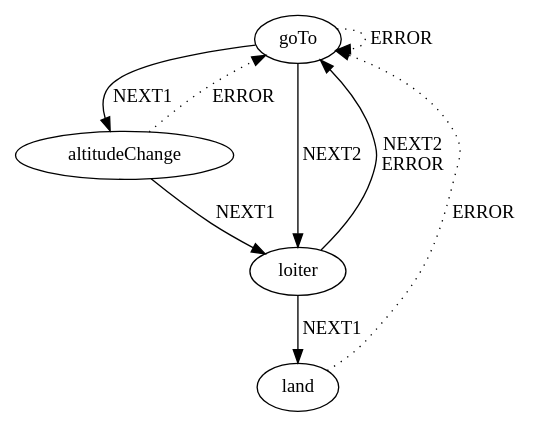
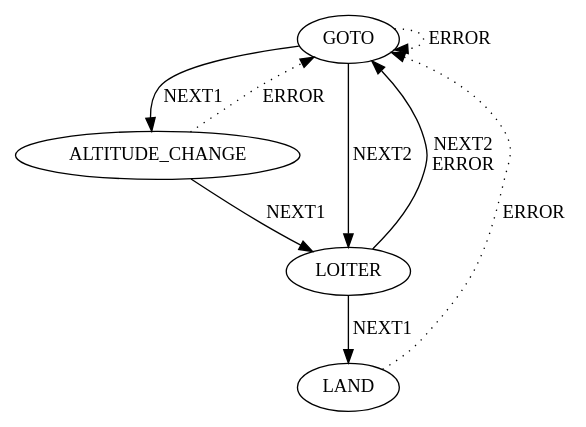
The diagram in safe_landing_planner/src/nodes/waypoint_generator.cpp.dot (PX4/PX4-Avoidance), drawn with Graphviz before and after one commit.

Commit message:
Update transition names in state machine diagram

```diff
--- a/safe_landing_planner/src/nodes/waypoint_generator.cpp.dot
+++ b/safe_landing_planner/src/nodes/waypoint_generator.cpp.dot
@@ -1,10 +1,10 @@
 digraph {
-    "goTo" -> "altitudeChange" [label="NEXT1", style="solid", weight=1]
-    "goTo" -> "loiter" [label="NEXT2", style="solid", weight=1]
-    "goTo" -> "goTo" [label="ERROR", style="dotted", weight=0.1]
-    "altitudeChange" -> "loiter" [label="NEXT1", style="solid", weight=1]
-    "altitudeChange" -> "goTo" [label="ERROR", style="dotted", weight=0.1]
-    "loiter" -> "land" [label="NEXT1", style="solid", weight=1]
-    "loiter" -> "goTo" [label="NEXT2\nERROR", style="solid", weight=1]
-    "land" -> "goTo" [label="ERROR", style="dotted", weight=0.1]
+    "GOTO" -> "ALTITUDE_CHANGE" [label="NEXT1", style="solid", weight=1]
+    "GOTO" -> "LOITER" [label="NEXT2", style="solid", weight=1]
+    "GOTO" -> "GOTO" [label="ERROR", style="dotted", weight=0.1]
+    "ALTITUDE_CHANGE" -> "LOITER" [label="NEXT1", style="solid", weight=1]
+    "ALTITUDE_CHANGE" -> "GOTO" [label="ERROR", style="dotted", weight=0.1]
+    "LOITER" -> "LAND" [label="NEXT1", style="solid", weight=1]
+    "LOITER" -> "GOTO" [label="NEXT2\nERROR", style="solid", weight=1]
+    "LAND" -> "GOTO" [label="ERROR", style="dotted", weight=0.1]
 }
```
